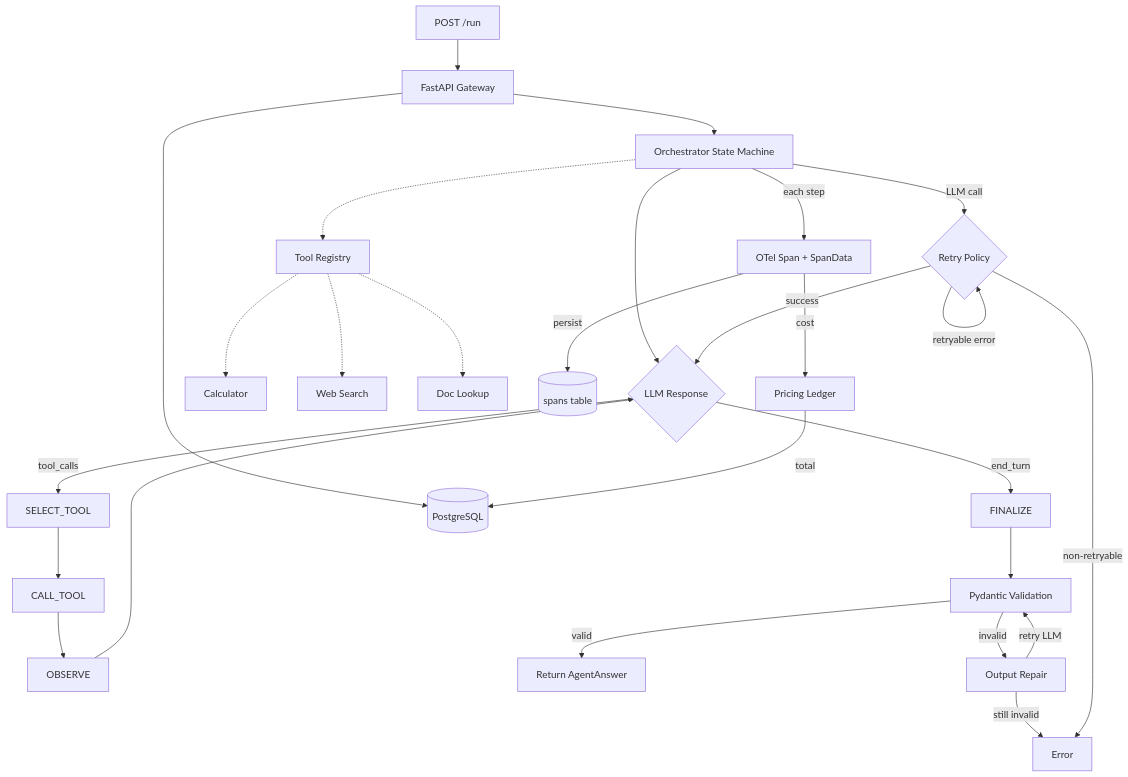
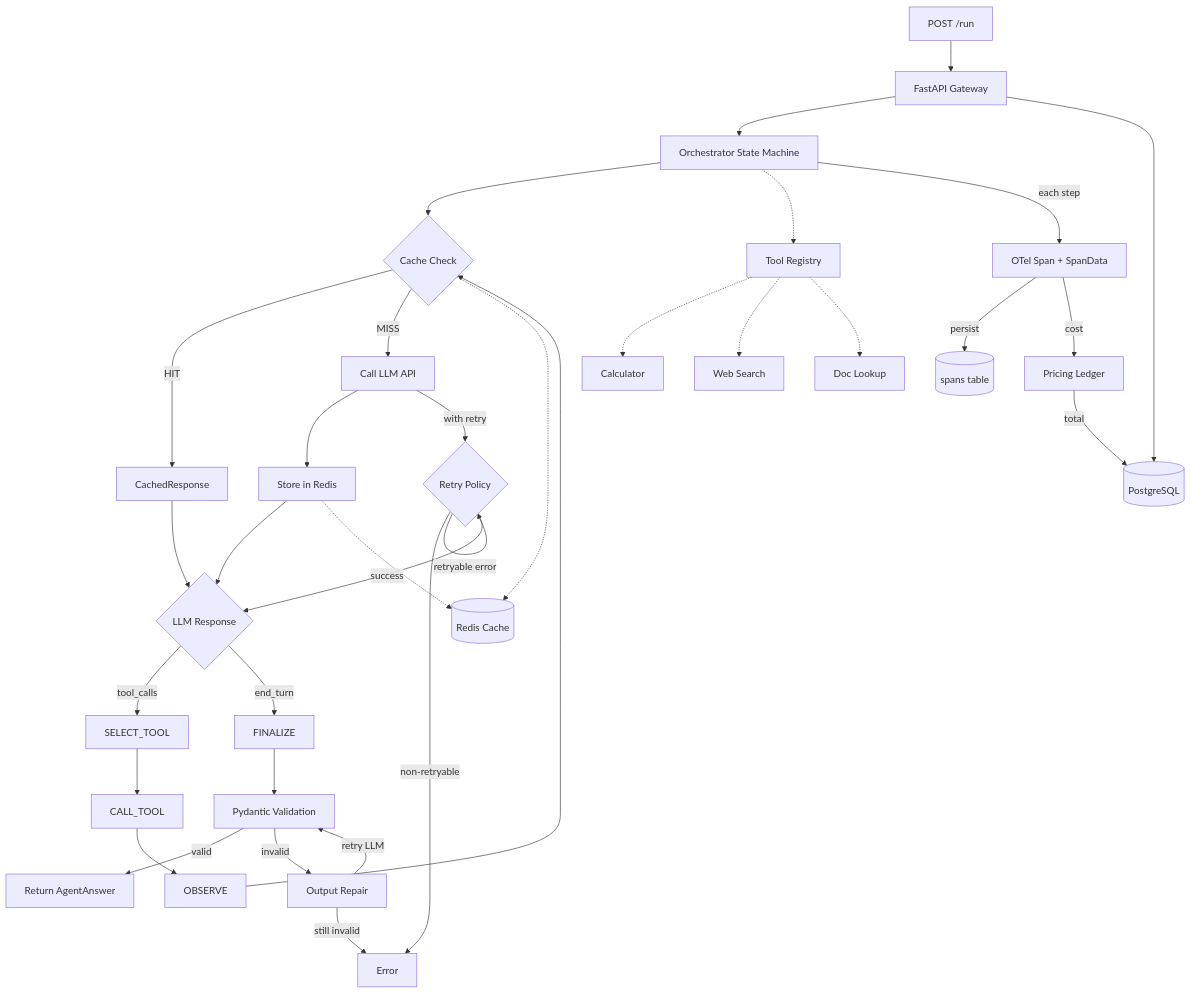
The diagram in docs/ARCHITECTURE.md (pranavsharma-dev/agent-platform), drawn with Mermaid before and after one commit. The commit also changed other lines of this file and 18 other files, not shown here.

First line of the commit message:
feat: add content-hash cache in Redis and fix audit findings (Phase 4)

````diff
--- a/docs/ARCHITECTURE.md
+++ b/docs/ARCHITECTURE.md
@@ -5,32 +5,41 @@
 ```mermaid
 graph TD
     A[POST /run] --> B[FastAPI Gateway]
     B --> C[Orchestrator State Machine]
-    C --> D{LLM Response}
+    C --> CA{Cache Check}
+    CA -->|HIT| CB[CachedResponse]
+    CB --> D
+    CA -->|MISS| CC[Call LLM API]
+    CC --> CD[Store in Redis]
+    CD --> D
+    D{LLM Response}
     D -->|tool_calls| E[SELECT_TOOL]
     E --> F[CALL_TOOL]
     F --> G[OBSERVE]
-    G --> D
+    G --> CA
     D -->|end_turn| H[FINALIZE]
     H --> I[Pydantic Validation]
     I -->|valid| J[Return AgentAnswer]
     I -->|invalid| K[Output Repair]
     K -->|retry LLM| I
     K -->|still invalid| L[Error]
 
     C -.-> M[Tool Registry]
     M -.-> N[Calculator]
     M -.-> O[Web Search]
     M -.-> P[Doc Lookup]
     B --> Q[(PostgreSQL)]
 
-    C -->|LLM call| R{Retry Policy}
+    CC -->|with retry| R{Retry Policy}
     R -->|retryable error| R
     R -->|non-retryable| L
     R -->|success| D
 
     C -->|each step| S[OTel Span + SpanData]
     S -->|persist| T[(spans table)]
     S -->|cost| U[Pricing Ledger]
     U -->|total| Q
+
+    CA -.-> V[(Redis Cache)]
+    CD -.-> V
 ```
````
